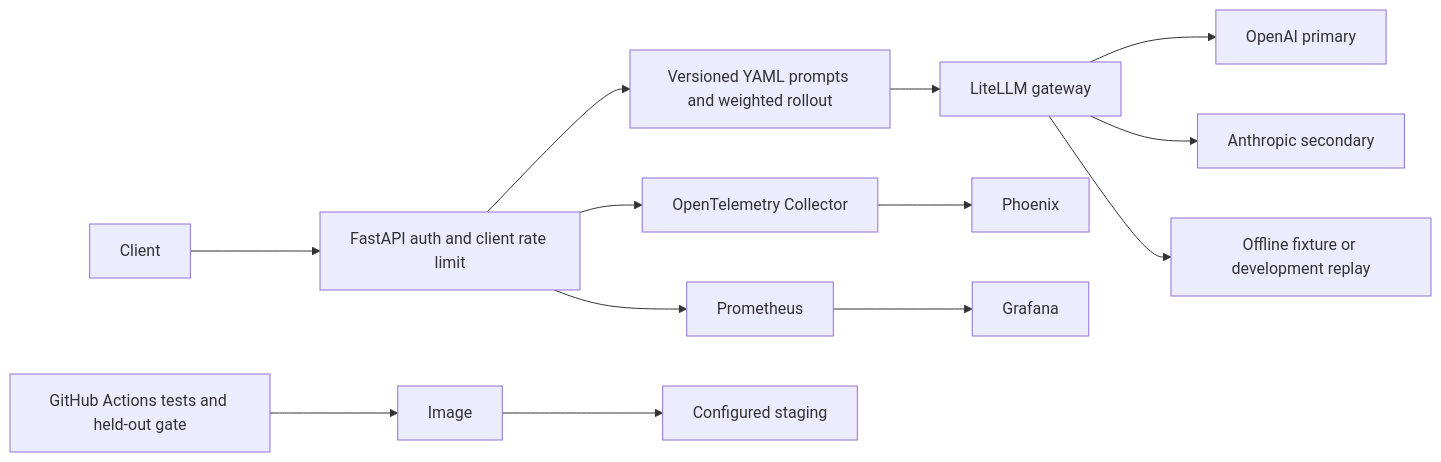
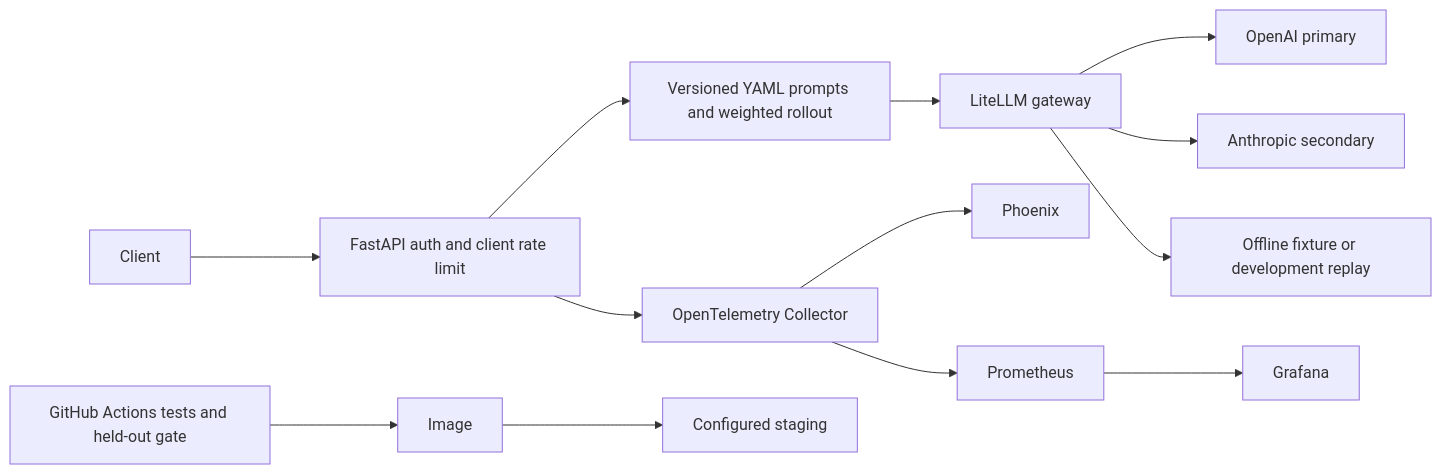
Before and after one commit to saicharanreddyamedapu/LLMops-Support-Ticket-Triage: the diagram in README.md, drawn with Mermaid. The commit also changed 20 other files, not shown here.

Commit message:
Add a schema-constrained local benchmark and route metrics through the collector

````diff
--- a/README.md
+++ b/README.md
@@ -29,13 +29,13 @@
 ```mermaid
 flowchart LR
     C[Client] --> A[FastAPI auth and client rate limit]
     A --> P[Versioned YAML prompts and weighted rollout]
     P --> G[LiteLLM gateway]
     G --> O[OpenAI primary]
     G --> H[Anthropic secondary]
     G --> F[Offline fixture or development replay]
     A --> T[OpenTelemetry Collector] --> X[Phoenix]
-    A --> M[Prometheus] --> D[Grafana]
+    T --> M[Prometheus] --> D[Grafana]
     CI[GitHub Actions tests and held-out gate] --> I[Image]
     I --> S[Configured staging]
 ```
````
